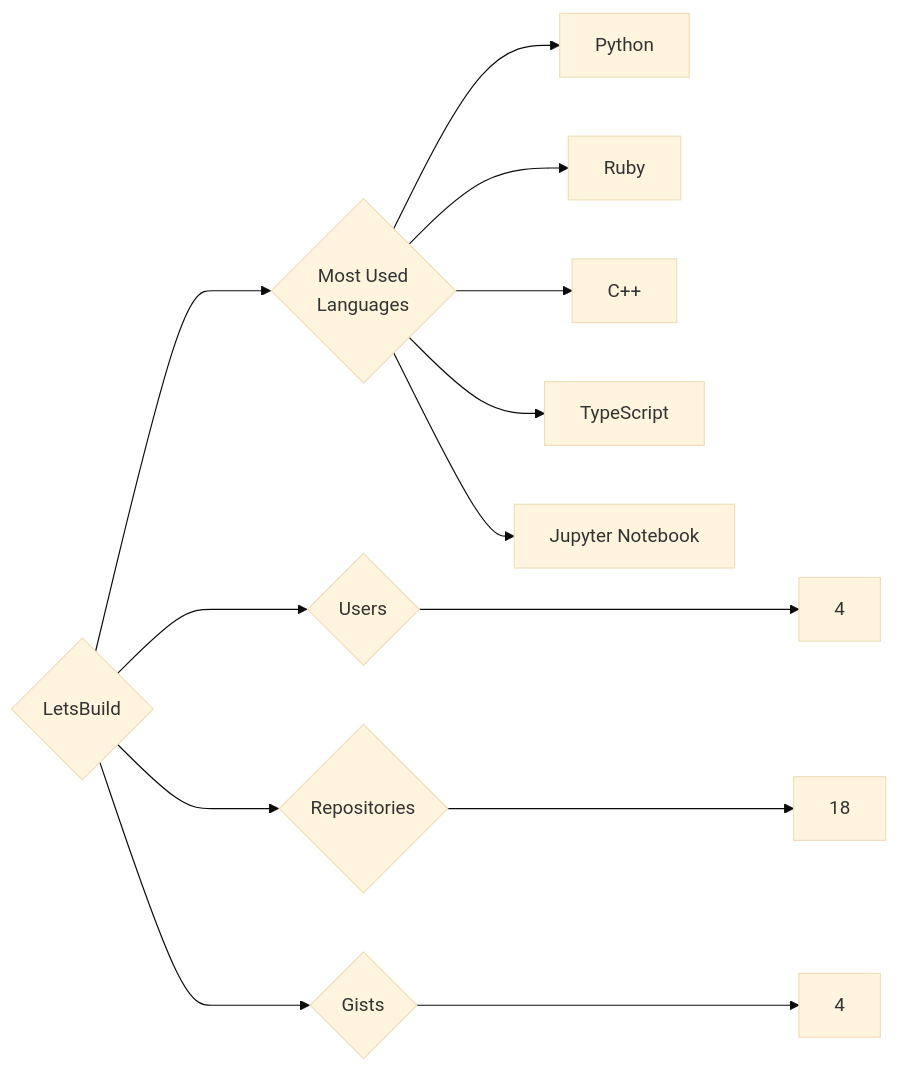
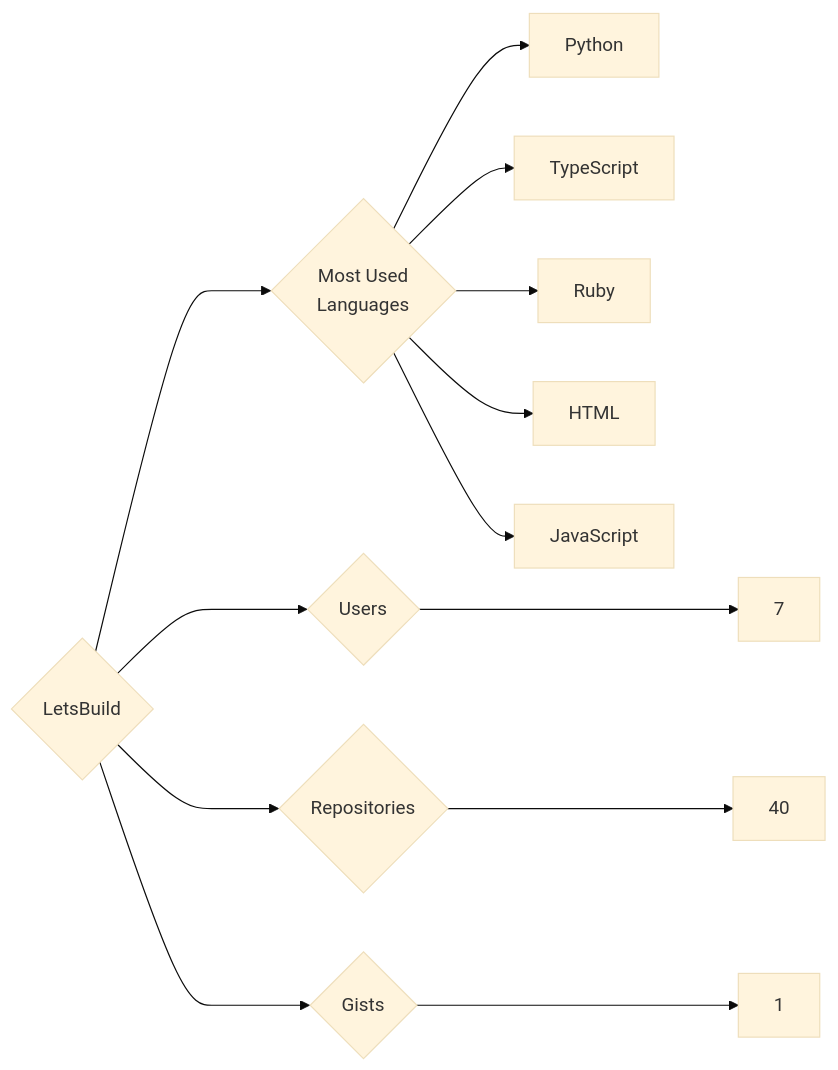
The diagram in targets/LetsBuild/README.md (trickest/insiders), drawn with Mermaid (base theme) before and after one commit. The commit also changed 1696 other files, not shown here.

````diff
--- a/targets/LetsBuild/README.md
+++ b/targets/LetsBuild/README.md
@@ -3,13 +3,13 @@
 ```mermaid
 graph LR
 COMPANY_NAME{LetsBuild}
-COMPANY_NAME ---> U{Users} ---> UN[4]
-COMPANY_NAME ---> R{Repositories} ---> RN[18]
-COMPANY_NAME ---> G{Gists} ---> GN[4]
+COMPANY_NAME ---> U{Users} ---> UN[7]
+COMPANY_NAME ---> R{Repositories} ---> RN[40]
+COMPANY_NAME ---> G{Gists} ---> GN[1]
 COMPANY_NAME ---> ML{Most Used<br>Languages}
 ML --> Python[Python]
+ML --> TypeScript[TypeScript]
 ML --> Ruby[Ruby]
-ML --> C++[C++]
-ML --> TypeScript[TypeScript]
-ML --> Jupyter_Notebook[Jupyter Notebook]
+ML --> HTML[HTML]
+ML --> JavaScript[JavaScript]
 ```
````
